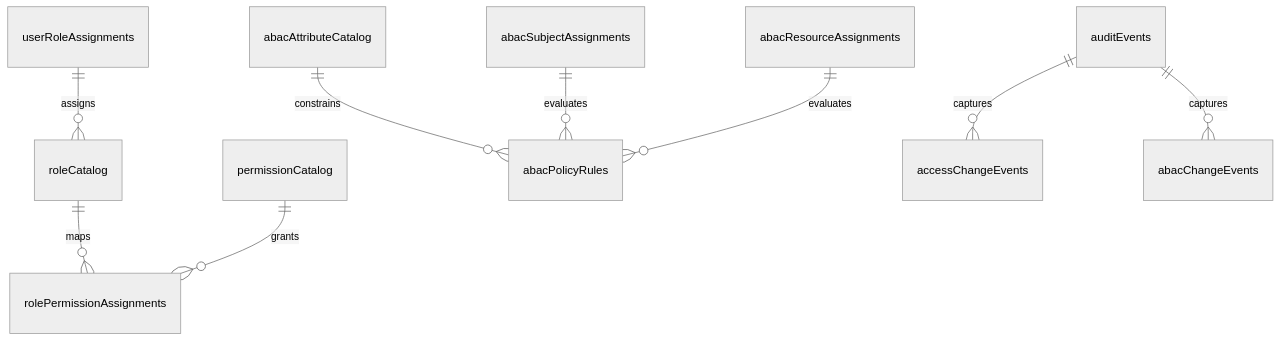
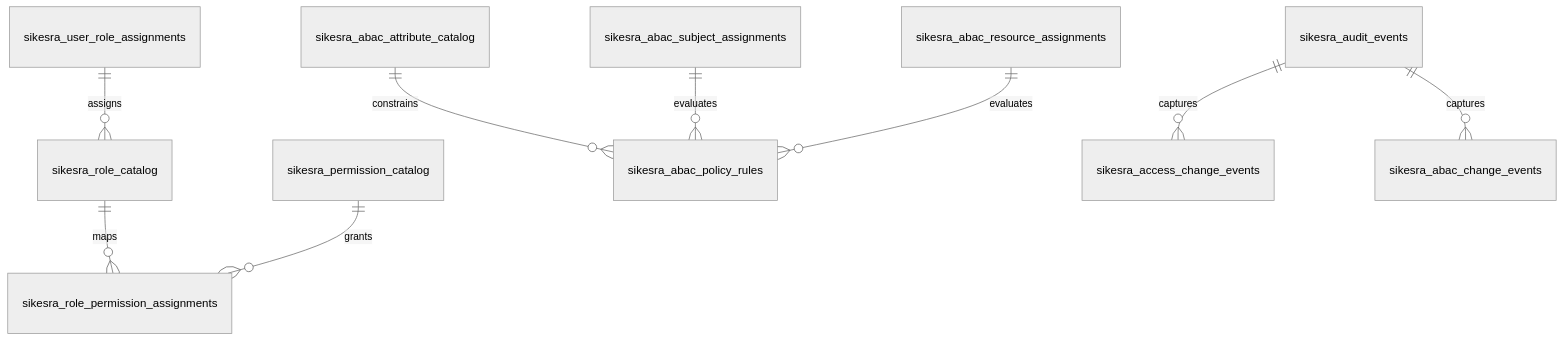
The third of 3 diagrams in awcmsmicro-dev/packages/plugins/awcms-micro-sikesra/docs/TECHNICAL_PRD.md (ahliweb/awcms-micro), drawn with Mermaid (neutral theme) before and after one commit. The commit also changed other lines of this file and 2 other files, not shown here.

Commit message:
feat: namespace all storage entities with sikesra_ prefix and expand schema configuration

````diff
--- a/awcmsmicro-dev/packages/plugins/awcms-micro-sikesra/docs/TECHNICAL_PRD.md
+++ b/awcmsmicro-dev/packages/plugins/awcms-micro-sikesra/docs/TECHNICAL_PRD.md
@@ -180,11 +186,11 @@
 ```mermaid
 erDiagram
-  roleCatalog ||--o{ rolePermissionAssignments : maps
-  permissionCatalog ||--o{ rolePermissionAssignments : grants
-  userRoleAssignments ||--o{ roleCatalog : assigns
-  abacAttributeCatalog ||--o{ abacPolicyRules : constrains
-  abacSubjectAssignments ||--o{ abacPolicyRules : evaluates
-  abacResourceAssignments ||--o{ abacPolicyRules : evaluates
-  auditEvents ||--o{ accessChangeEvents : captures
-  auditEvents ||--o{ abacChangeEvents : captures
+  sikesra_role_catalog ||--o{ sikesra_role_permission_assignments : maps
+  sikesra_permission_catalog ||--o{ sikesra_role_permission_assignments : grants
+  sikesra_user_role_assignments ||--o{ sikesra_role_catalog : assigns
+  sikesra_abac_attribute_catalog ||--o{ sikesra_abac_policy_rules : constrains
+  sikesra_abac_subject_assignments ||--o{ sikesra_abac_policy_rules : evaluates
+  sikesra_abac_resource_assignments ||--o{ sikesra_abac_policy_rules : evaluates
+  sikesra_audit_events ||--o{ sikesra_access_change_events : captures
+  sikesra_audit_events ||--o{ sikesra_abac_change_events : captures
 ```
````
